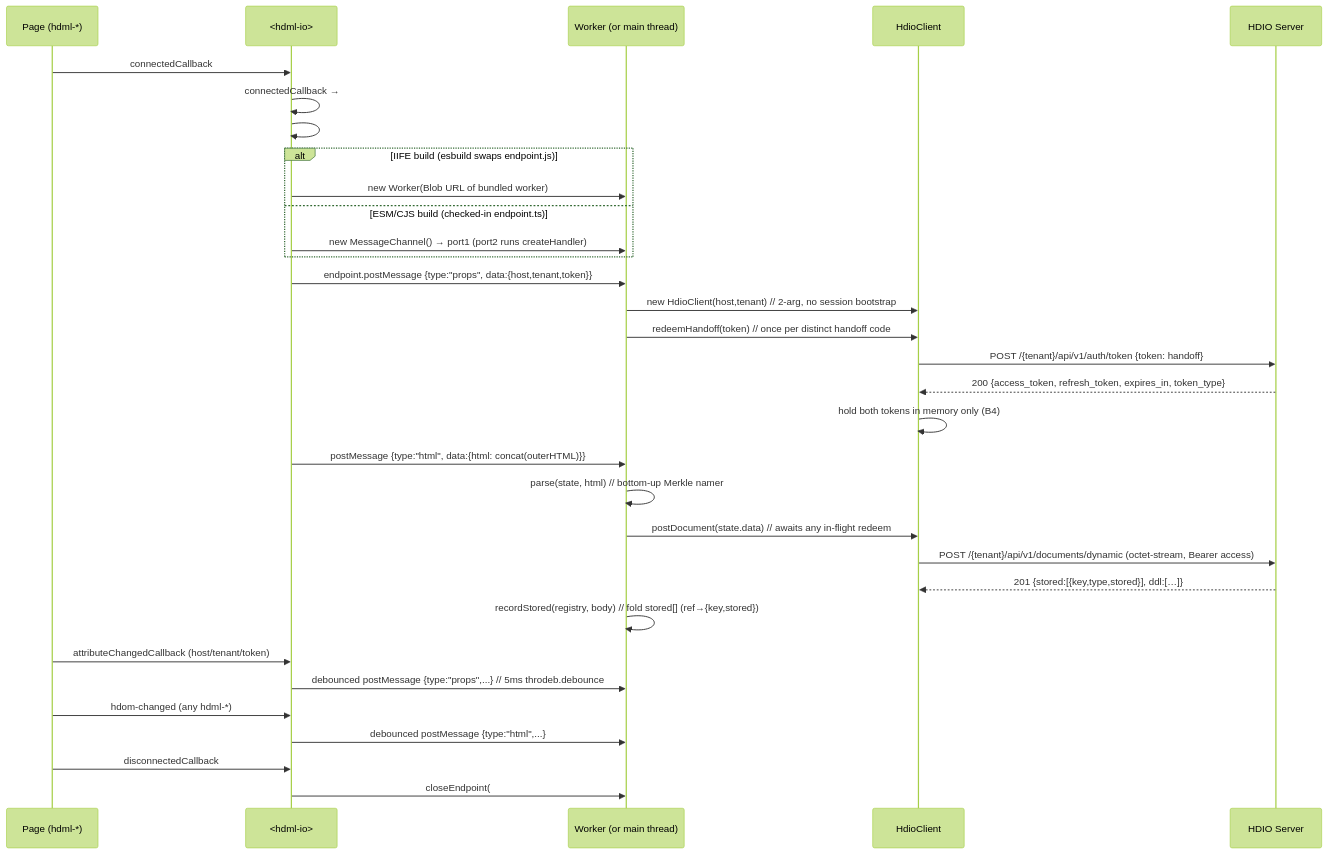
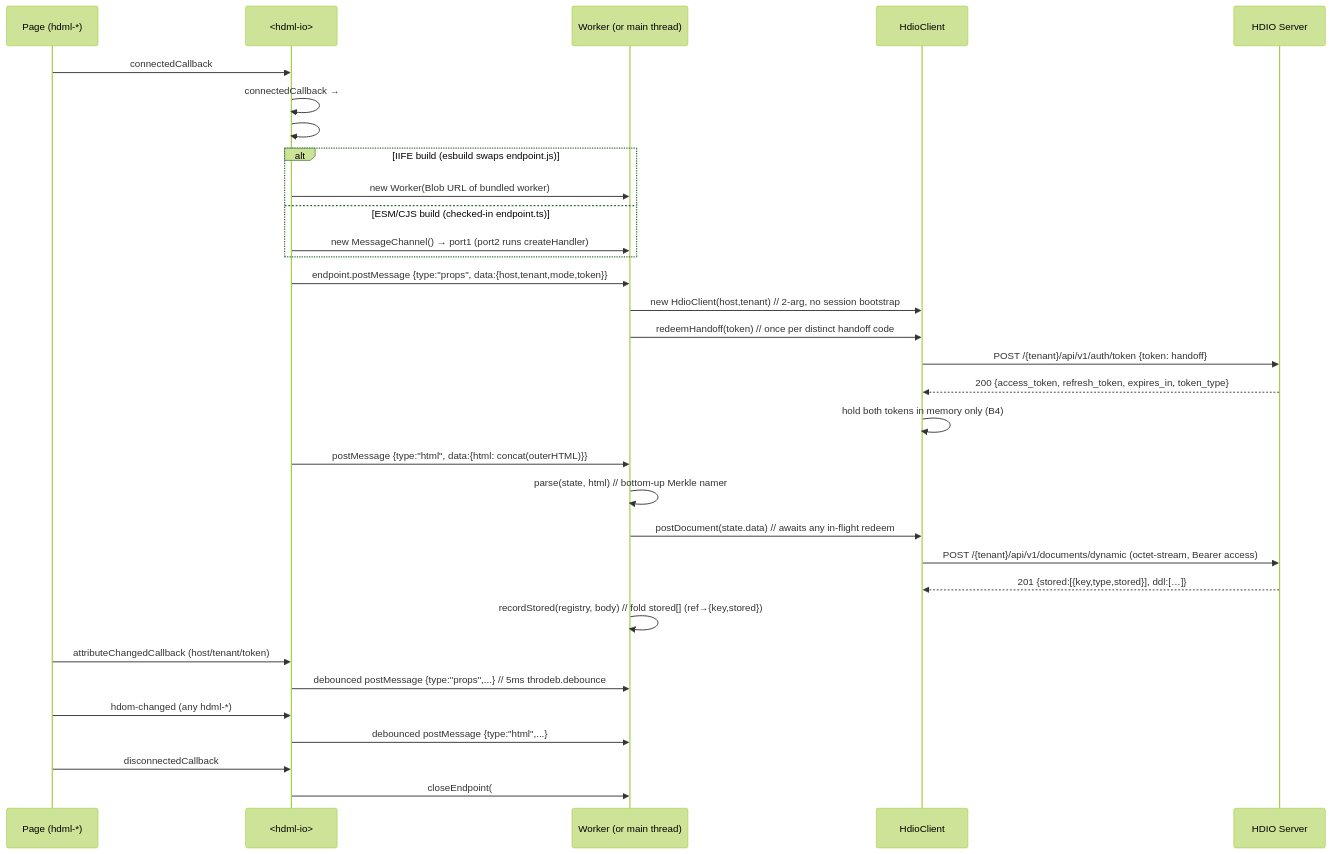
One commit to HDML-Foundation/HDML-Components changed the diagram in docs/hdio-client.md. Above: the diagram before and after it, drawn with Mermaid (forest theme). The commit also changed other lines of this file and 10 other files, not shown here.

````diff
--- a/docs/hdio-client.md
+++ b/docs/hdio-client.md
@@ -35,35 +70,35 @@
 ```mermaid
 sequenceDiagram
   participant Page as Page (hdml-*)
   participant Io as <hdml-io>
   participant W as Worker (or main thread)
   participant C as HdioClient
   participant S as HDIO Server
 
   Page->>Io: connectedCallback
   Io->>Io: connectedCallback → #enableMessagable, #listenHdomChanges
   Io->>Io: #endpoint = createEndpoint(); #endpoint.onmessage = #onMessage
   alt IIFE build (esbuild swaps endpoint.js)
     Io->>W: new Worker(Blob URL of bundled worker)
   else ESM/CJS build (checked-in endpoint.ts)
     Io->>W: new MessageChannel() → port1 (port2 runs createHandler)
   end
-  Io->>W: endpoint.postMessage {type:"props", data:{host,tenant,token}}
+  Io->>W: endpoint.postMessage {type:"props", data:{host,tenant,mode,token}}
   W->>C: new HdioClient(host,tenant)  // 2-arg, no session bootstrap
   W->>C: redeemHandoff(token)  // once per distinct handoff code
   C->>S: POST /{tenant}/api/v1/auth/token  {token: handoff}
   S-->>C: 200 {access_token, refresh_token, expires_in, token_type}
   C->>C: hold both tokens in memory only (B4)
   Io->>W: postMessage {type:"html", data:{html: concat(outerHTML)}}
   W->>W: parse(state, html)  // bottom-up Merkle namer
   W->>C: postDocument(state.data)  // awaits any in-flight redeem
   C->>S: POST /{tenant}/api/v1/documents/dynamic  (octet-stream, Bearer access)
   S-->>C: 201 {stored:[{key,type,stored}], ddl:[…]}
   W->>W: recordStored(registry, body)  // fold stored[] (ref→{key,stored})
   Page->>Io: attributeChangedCallback (host/tenant/token)
   Io->>W: debounced postMessage {type:"props",...}  // 5ms throdeb.debounce
   Page->>Io: hdom-changed (any hdml-*)
   Io->>W: debounced postMessage {type:"html",...}
   Page->>Io: disconnectedCallback
   Io->>W: closeEndpoint(#endpoint)  // terminate() (Worker) / close() (port1)
 ```
````
